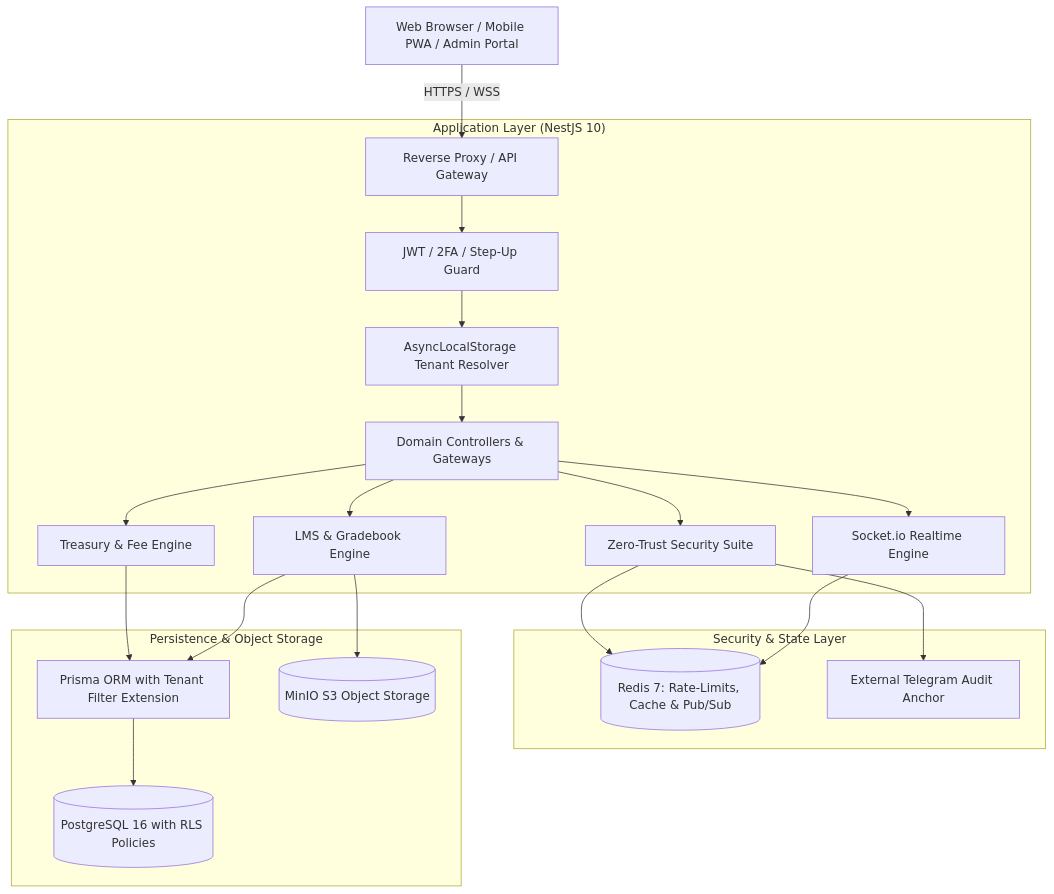
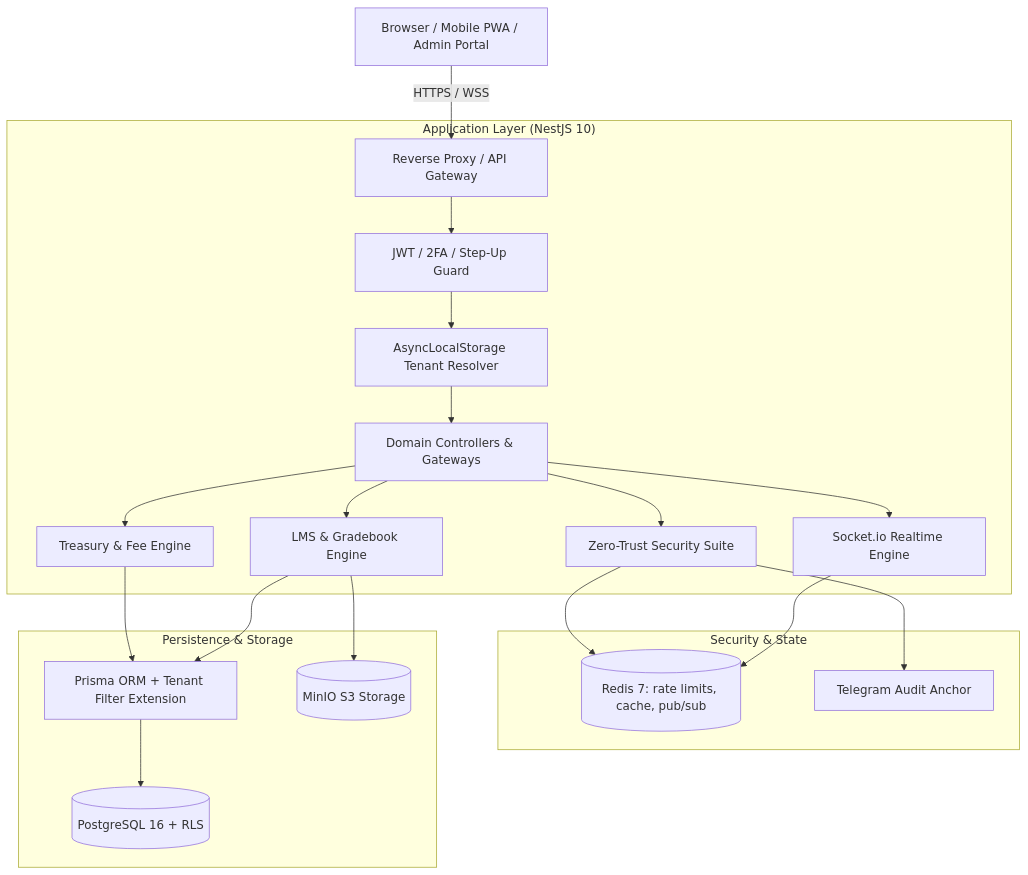
Before and after one commit to Behrad-Mahdavi/Rokad-Platform: the first of 2 diagrams in README.md, drawn with Mermaid. The commit also changed other lines of this file and 1 other file, not shown here.

Commit message:
bul: change README, ARCHITECTUTE md

````diff
--- a/README.md
+++ b/README.md
@@ -80,28 +72,28 @@
 ```mermaid
 graph TD
-    Client[Web Browser / Mobile PWA / Admin Portal] -->|HTTPS / WSS| Gateway[Reverse Proxy / API Gateway]
-    
+    Client[Browser / Mobile PWA / Admin Portal] -->|HTTPS / WSS| Gateway[Reverse Proxy / API Gateway]
+
     subgraph "Application Layer (NestJS 10)"
         Gateway --> AuthGuard[JWT / 2FA / Step-Up Guard]
         AuthGuard --> TenantMW[AsyncLocalStorage Tenant Resolver]
         TenantMW --> Controller[Domain Controllers & Gateways]
-        
+
         Controller --> SecModule[Zero-Trust Security Suite]
         Controller --> FinModule[Treasury & Fee Engine]
         Controller --> AcadModule[LMS & Gradebook Engine]
         Controller --> ChatModule[Socket.io Realtime Engine]
     end
 
-    subgraph "Security & State Layer"
-        SecModule --> Redis[(Redis 7: Rate-Limits, Cache & Pub/Sub)]
-        SecModule --> ExtAnchor[External Telegram Audit Anchor]
+    subgraph "Security & State"
+        SecModule --> Redis[(Redis 7: rate limits, cache, pub/sub)]
+        SecModule --> ExtAnchor[Telegram Audit Anchor]
         ChatModule --> Redis
     end
 
-    subgraph "Persistence & Object Storage"
-        FinModule --> Prisma[Prisma ORM with Tenant Filter Extension]
+    subgraph "Persistence & Storage"
+        FinModule --> Prisma[Prisma ORM + Tenant Filter Extension]
         AcadModule --> Prisma
-        Prisma --> Postgres[(PostgreSQL 16 with RLS Policies)]
-        AcadModule --> MinIO[(MinIO S3 Object Storage)]
+        Prisma --> Postgres[(PostgreSQL 16 + RLS)]
+        AcadModule --> MinIO[(MinIO S3 Storage)]
     end
 ```
````
